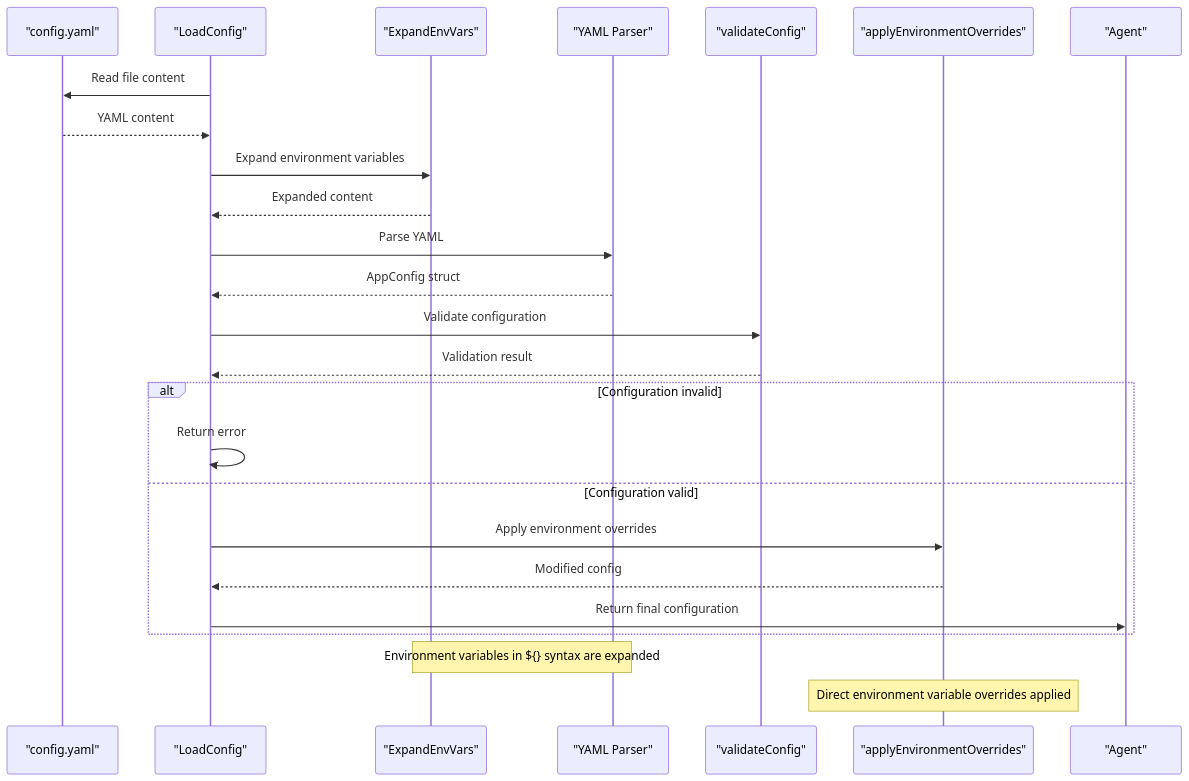
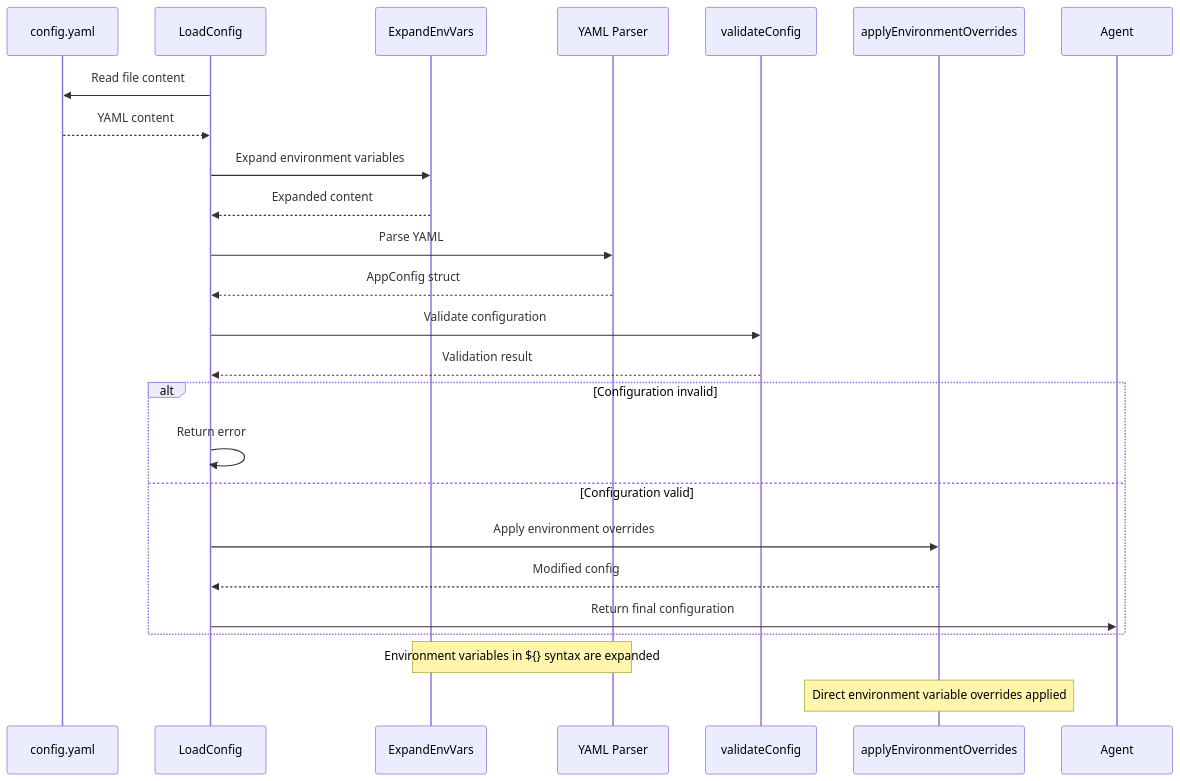
One commit to prxs-ai/praxis-go-sdk changed the fourth of 5 diagrams in docs/Agent Configuration.md. Above: the diagram before and after it, drawn with Mermaid. The commit also changed other lines of this file and 33 other files, not shown here.

````diff
--- a/docs/Agent Configuration.md
+++ b/docs/Agent Configuration.md
@@ -349,27 +349,27 @@
 ```mermaid
 sequenceDiagram
-participant File as "config.yaml"
-participant Loader as "LoadConfig"
-participant Expander as "ExpandEnvVars"
-participant Parser as "YAML Parser"
-participant Validator as "validateConfig"
-participant Overrider as "applyEnvironmentOverrides"
-participant Agent as "Agent"
-Loader->>File : Read file content
-File-->>Loader : YAML content
-Loader->>Expander : Expand environment variables
-Expander-->>Loader : Expanded content
-Loader->>Parser : Parse YAML
-Parser-->>Loader : AppConfig struct
-Loader->>Validator : Validate configuration
-Validator-->>Loader : Validation result
+participant File as config.yaml
+participant Loader as LoadConfig
+participant Expander as ExpandEnvVars
+participant Parser as YAML Parser
+participant Validator as validateConfig
+participant Overrider as applyEnvironmentOverrides
+participant Agent as Agent
+Loader->>File: Read file content
+File-->>Loader: YAML content
+Loader->>Expander: Expand environment variables
+Expander-->>Loader: Expanded content
+Loader->>Parser: Parse YAML
+Parser-->>Loader: AppConfig struct
+Loader->>Validator: Validate configuration
+Validator-->>Loader: Validation result
 alt Configuration invalid
-Loader->>Loader : Return error
+Loader->>Loader: Return error
 else Configuration valid
-Loader->>Overrider : Apply environment overrides
-Overrider-->>Loader : Modified config
-Loader->>Agent : Return final configuration
+Loader->>Overrider: Apply environment overrides
+Overrider-->>Loader: Modified config
+Loader->>Agent: Return final configuration
 end
-Note over Expander,Parser : Environment variables in ${} syntax are expanded
-Note over Overrider : Direct environment variable overrides applied
+Note over Expander,Parser: Environment variables in ${} syntax are expanded
+Note over Overrider: Direct environment variable overrides applied
 ```
````
